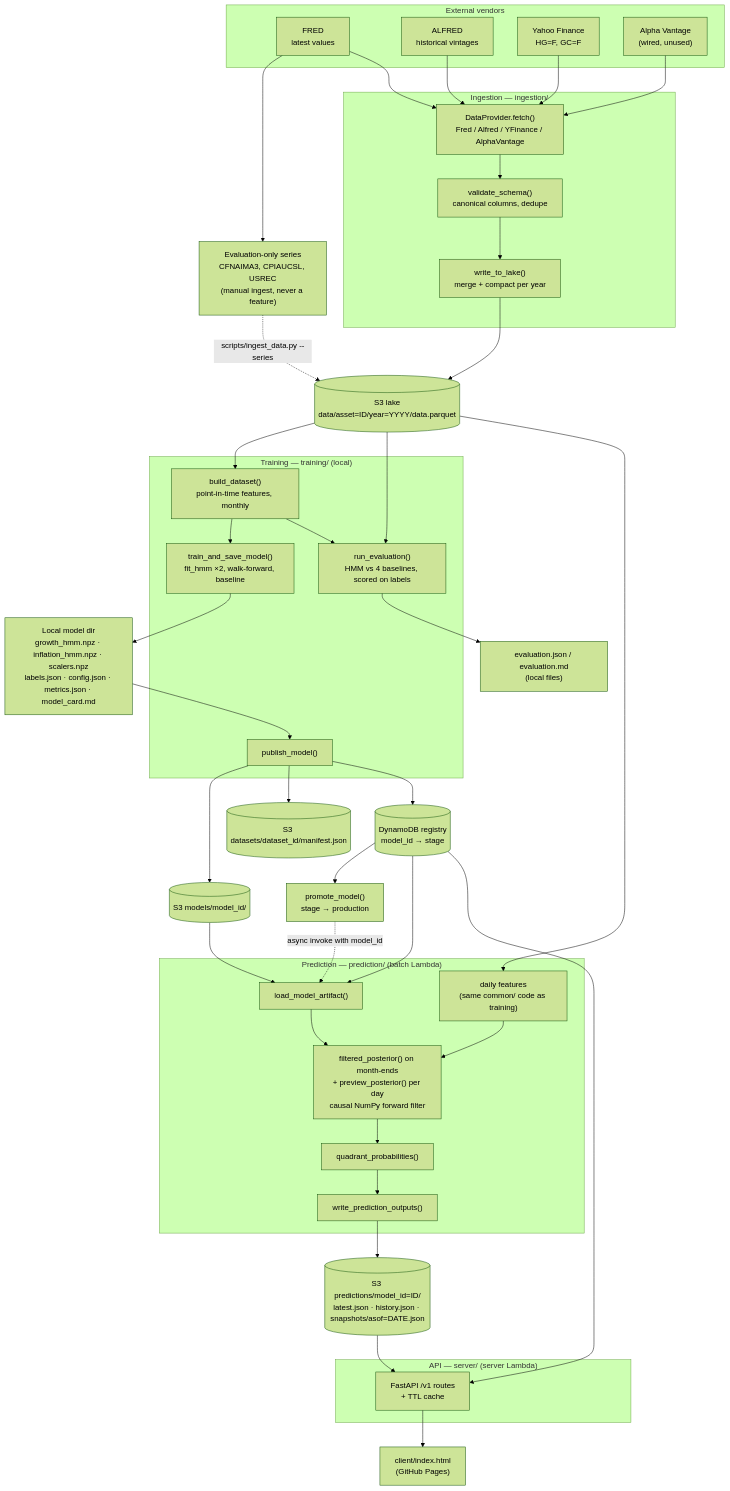
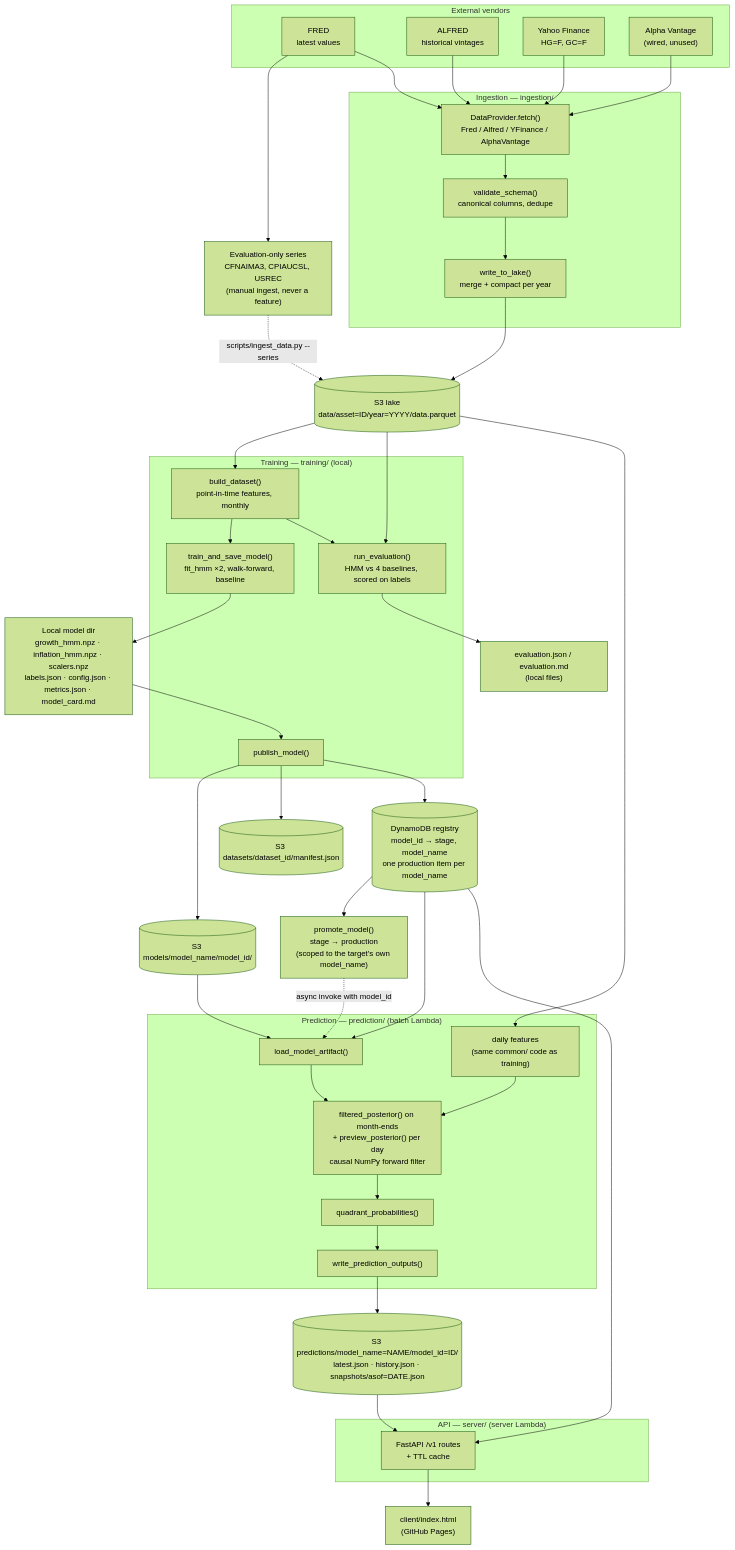
One commit to jyjulianwong/Market-Regime-Detector changed the seventh of 14 diagrams in ARCHITECTURE.md. Above: the diagram before and after it, drawn with Mermaid (forest theme). The commit also changed other lines of this file and 23 other files, not shown here.

````diff
--- a/ARCHITECTURE.md
+++ b/ARCHITECTURE.md
@@ -626,74 +633,74 @@
 ```mermaid
 flowchart TB
     subgraph vendors["External vendors"]
         FRED["FRED<br/>latest values"]
         ALFRED["ALFRED<br/>historical vintages"]
         YF["Yahoo Finance<br/>HG=F, GC=F"]
         AV["Alpha Vantage<br/>(wired, unused)"]
     end
 
     subgraph ingest["Ingestion — ingestion/"]
         PROV["DataProvider.fetch()<br/>Fred / Alfred / YFinance / AlphaVantage"]
         VAL["validate_schema()<br/>canonical columns, dedupe"]
         WRITE["write_to_lake()<br/>merge + compact per year"]
     end
 
     LAKE[("S3 lake<br/>data/asset=ID/year=YYYY/data.parquet")]
 
     subgraph train["Training — training/ (local)"]
         DS["build_dataset()<br/>point-in-time features, monthly"]
         FIT["train_and_save_model()<br/>fit_hmm ×2, walk-forward, baseline"]
         PUB["publish_model()"]
         EVAL["run_evaluation()<br/>HMM vs 4 baselines, scored on labels"]
     end
 
     LOCAL["Local model dir<br/>growth_hmm.npz · inflation_hmm.npz · scalers.npz<br/>labels.json · config.json · metrics.json · model_card.md"]
-    MODELS[("S3 models/model_id/")]
+    MODELS[("S3 models/model_name/model_id/")]
     MANI[("S3 datasets/dataset_id/manifest.json")]
-    REG[("DynamoDB registry<br/>model_id → stage")]
-    PROMO["promote_model()<br/>stage → production"]
+    REG[("DynamoDB registry<br/>model_id → stage, model_name<br/>one production item per model_name")]
+    PROMO["promote_model()<br/>stage → production<br/>(scoped to the target's own model_name)"]
 
     subgraph pred["Prediction — prediction/ (batch Lambda)"]
         LOAD["load_model_artifact()"]
         FEAT["daily features<br/>(same common/ code as training)"]
         FILT["filtered_posterior() on month-ends<br/>+ preview_posterior() per day<br/>causal NumPy forward filter"]
         QUAD["quadrant_probabilities()"]
         OUT["write_prediction_outputs()"]
     end
 
-    PRED[("S3 predictions/model_id=ID/<br/>latest.json · history.json · snapshots/asof=DATE.json")]
+    PRED[("S3 predictions/model_name=NAME/model_id=ID/<br/>latest.json · history.json · snapshots/asof=DATE.json")]
 
     subgraph api["API — server/ (server Lambda)"]
         ROUTES["FastAPI /v1 routes<br/>+ TTL cache"]
     end
     CLIENT["client/index.html<br/>(GitHub Pages)"]
 
     LABELS["Evaluation-only series<br/>CFNAIMA3, CPIAUCSL, USREC<br/>(manual ingest, never a feature)"]
     FRED --> LABELS
     FRED --> PROV
     ALFRED --> PROV
     YF --> PROV
     AV --> PROV
     PROV --> VAL --> WRITE --> LAKE
 
     LABELS -. "scripts/ingest_data.py --series" .-> LAKE
     LAKE --> DS --> FIT --> LOCAL --> PUB
     DS --> EVAL
     LAKE --> EVAL
     EVAL --> EVALOUT["evaluation.json / evaluation.md<br/>(local files)"]
     PUB --> MODELS
     PUB --> MANI
     PUB --> REG
     REG --> PROMO
     PROMO -. "async invoke with model_id" .-> LOAD
 
     REG --> LOAD
     MODELS --> LOAD
     LAKE --> FEAT
     LOAD --> FILT
     FEAT --> FILT --> QUAD --> OUT --> PRED
 
     REG --> ROUTES
     PRED --> ROUTES
     ROUTES --> CLIENT
 ```
````
